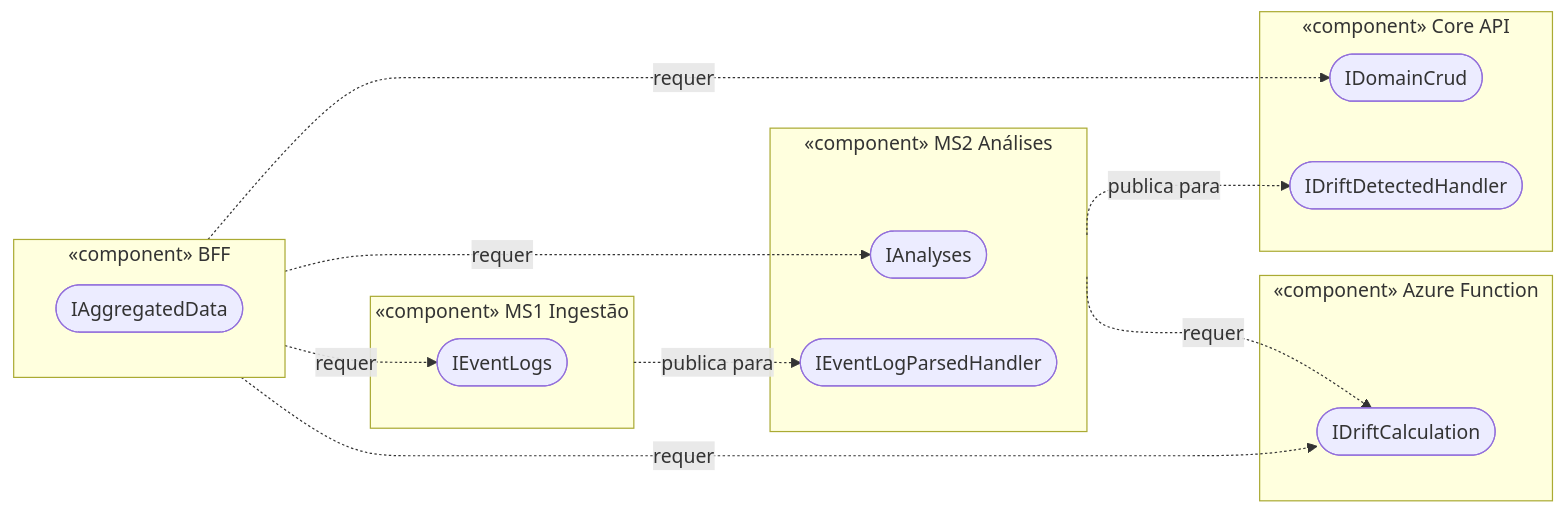
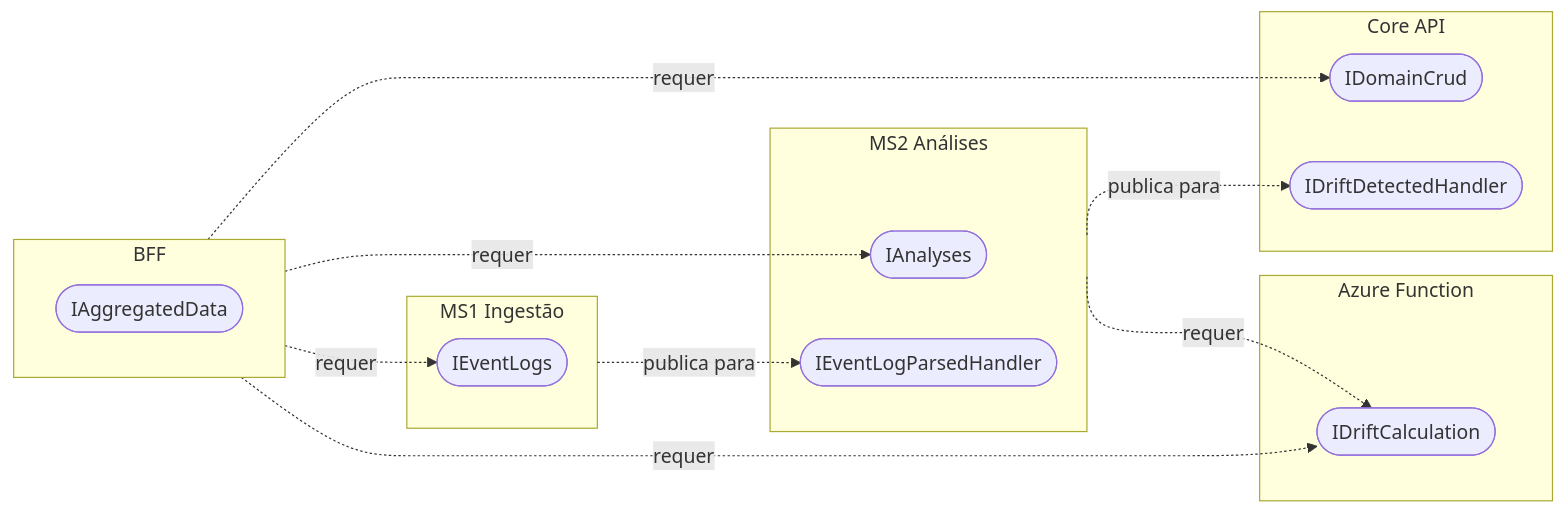
The eighth of 16 diagrams in architecture/arc42.md (aland3r/deviante-docs), drawn with Mermaid before and after one commit. The commit also changed other lines of this file, not shown here.

````diff
--- a/architecture/arc42.md
+++ b/architecture/arc42.md
@@ -698,27 +745,27 @@
 ```mermaid
 flowchart LR
-    subgraph BFF["«component» BFF"]
+    subgraph BFF["BFF"]
         bffAgg(["IAggregatedData"])
     end
-    subgraph CORE["«component» Core API"]
+    subgraph CORE["Core API"]
         coreRest(["IDomainCrud"])
         coreEvt(["IDriftDetectedHandler"])
     end
-    subgraph MS1["«component» MS1 Ingestão"]
+    subgraph MS1["MS1 Ingestão"]
         ms1Rest(["IEventLogs"])
     end
-    subgraph MS2["«component» MS2 Análises"]
+    subgraph MS2["MS2 Análises"]
         ms2Rest(["IAnalyses"])
         ms2Evt(["IEventLogParsedHandler"])
     end
-    subgraph FN["«component» Azure Function"]
+    subgraph FN["Azure Function"]
         fnHttp(["IDriftCalculation"])
     end
     BFF -.->|requer| coreRest
     BFF -.->|requer| ms1Rest
     BFF -.->|requer| ms2Rest
     BFF -.->|requer| fnHttp
     MS2 -.->|requer| fnHttp
     MS1 -.->|publica para| ms2Evt
     MS2 -.->|publica para| coreEvt
 ```
````
